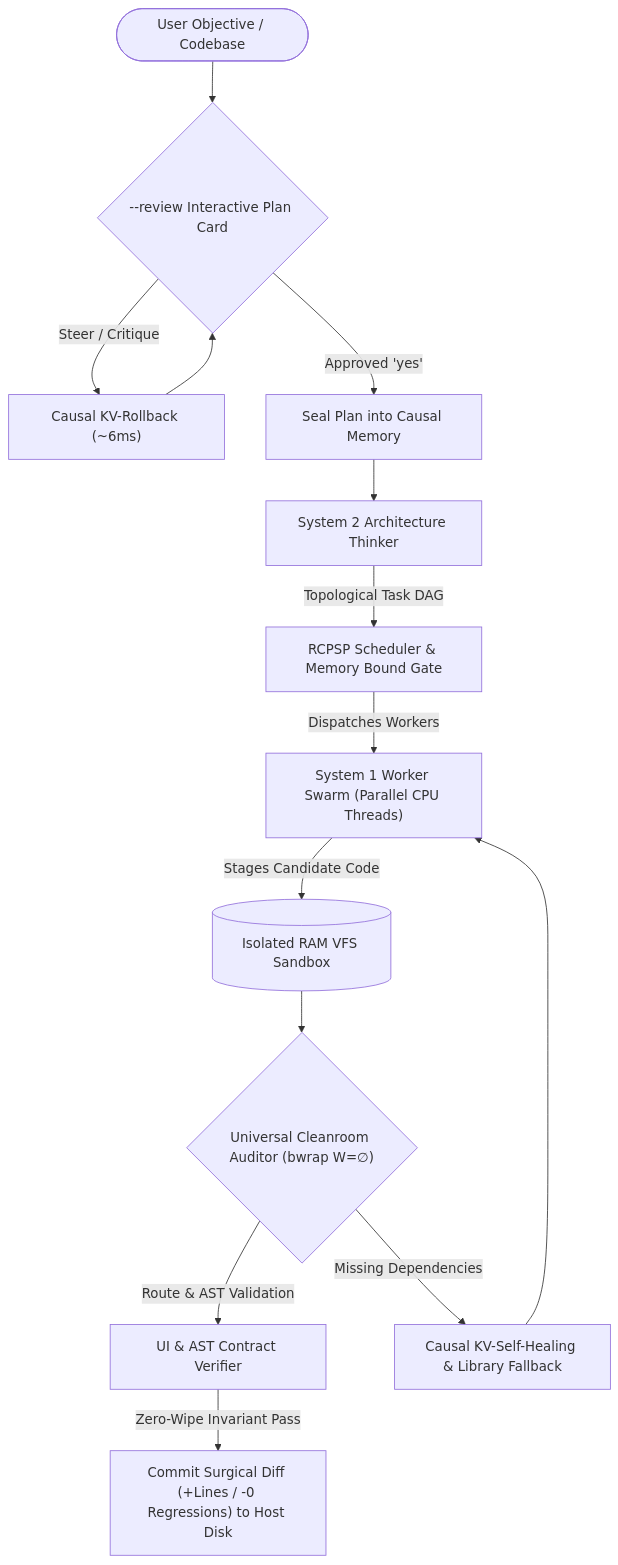
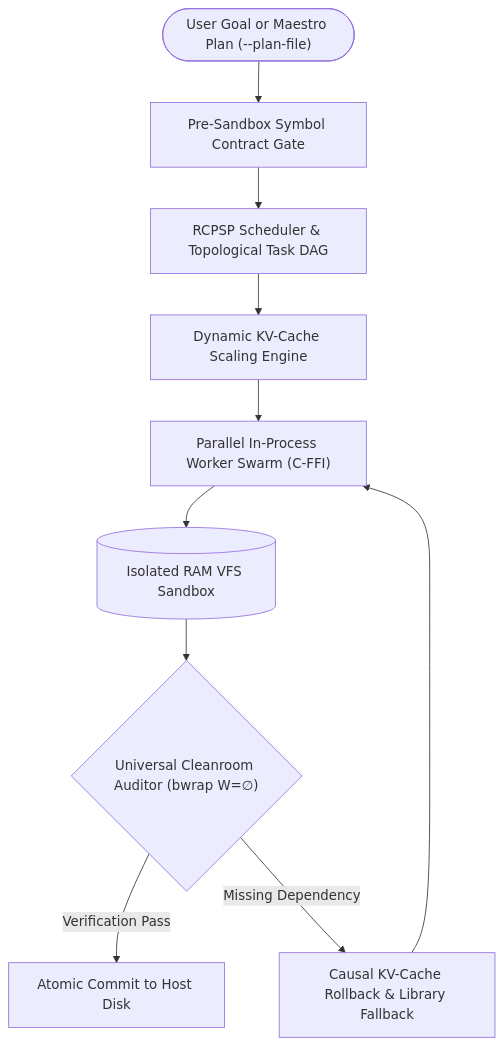
The diagram in README.md (ielfeqi-rgb/omni_engine), drawn with Mermaid before and after one commit. The commit also changed other lines of this file and 35 other files, not shown here.

````diff
--- a/README.md
+++ b/README.md
@@ -62,20 +59,15 @@
 ```mermaid
 flowchart TD
-    User([User Objective / Codebase]) --> Review{"--review Interactive Plan Card"}
-    Review -->|Steer / Critique| Rollback["Causal KV-Rollback (~6ms)"]
-    Rollback --> Review
-    Review -->|Approved 'yes'| Sealed["Seal Plan into Causal Memory"]
+    Architect(["User Goal or Maestro Plan (--plan-file)"]) --> ContractGate["Pre-Sandbox Symbol Contract Gate"]
+    ContractGate --> DAG["RCPSP Scheduler & Topological Task DAG"]
     
-    Sealed --> Thinker["System 2 Architecture Thinker"]
-    Thinker -->|Topological Task DAG| Scheduler["RCPSP Scheduler & Memory Bound Gate"]
+    DAG --> DynamicKV["Dynamic KV-Cache Scaling Engine"]
+    DynamicKV --> Workers["Parallel In-Process Worker Swarm (C-FFI)"]
     
-    Scheduler -->|Dispatches Workers| Workers["System 1 Worker Swarm (Parallel CPU Threads)"]
-    Workers -->|Stages Candidate Code| RAMVFS[("Isolated RAM VFS Sandbox")]
+    Workers --> RAMVFS[("Isolated RAM VFS Sandbox")]
+    RAMVFS --> Cleanroom{"Universal Cleanroom Auditor (bwrap W=∅)"}
     
-    RAMVFS --> Cleanroom{"Universal Cleanroom Auditor (bwrap W=∅)"}
-    Cleanroom -->|Route & AST Validation| UIVal["UI & AST Contract Verifier"]
-    Cleanroom -->|Missing Dependencies| SelfHealing["Causal KV-Self-Healing & Library Fallback"]
+    Cleanroom -->|Verification Pass| DiskCommit["Atomic Commit to Host Disk"]
+    Cleanroom -->|Missing Dependency| SelfHealing["Causal KV-Cache Rollback & Library Fallback"]
     SelfHealing --> Workers
-    
-    UIVal -->|Zero-Wipe Invariant Pass| DiskCommit["Commit Surgical Diff (+Lines / -0 Regressions) to Host Disk"]
 ```
````
